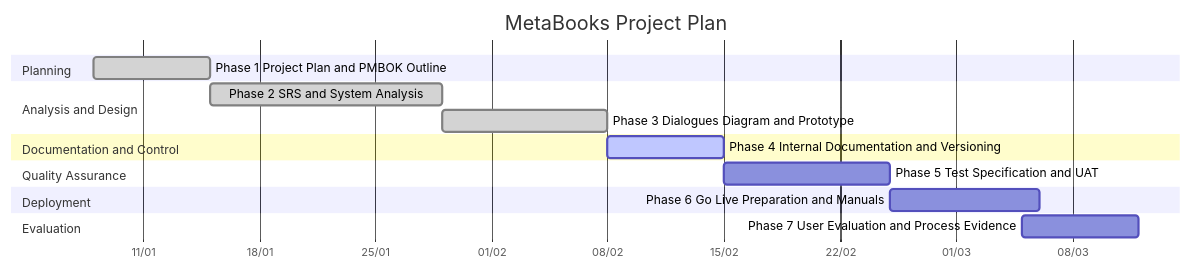
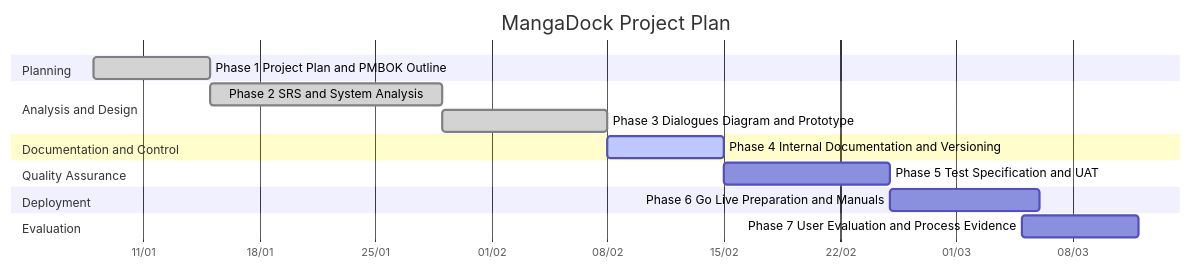
Before and after one commit to Slow-Inc/MangaDock: the diagram in Documents/Software Engineer/SE_PHASE1_PROJECT_PLAN_AND_GANTT.md, drawn with Mermaid. The commit also changed other lines of this file and 39 other files, not shown here.

````diff
--- a/Documents/Software Engineer/SE_PHASE1_PROJECT_PLAN_AND_GANTT.md
+++ b/Documents/Software Engineer/SE_PHASE1_PROJECT_PLAN_AND_GANTT.md
@@ -65,25 +65,25 @@
 ```mermaid
 gantt
-  title MetaBooks Project Plan
+  title MangaDock Project Plan
   dateFormat  YYYY-MM-DD
   axisFormat  %d/%m
 
   section Planning
   Phase 1 Project Plan and PMBOK Outline        :done, p1, 2026-01-08, 7d
 
   section Analysis and Design
   Phase 2 SRS and System Analysis               :done, p2, 2026-01-15, 14d
   Phase 3 Dialogues Diagram and Prototype       :done, p3, 2026-01-29, 10d
 
   section Documentation and Control
   Phase 4 Internal Documentation and Versioning :active, p4, 2026-02-08, 7d
 
   section Quality Assurance
   Phase 5 Test Specification and UAT            :p5, 2026-02-15, 10d
 
   section Deployment
   Phase 6 Go Live Preparation and Manuals       :p6, 2026-02-25, 9d
 
   section Evaluation
   Phase 7 User Evaluation and Process Evidence  :p7, 2026-03-05, 7d
 ```
````
